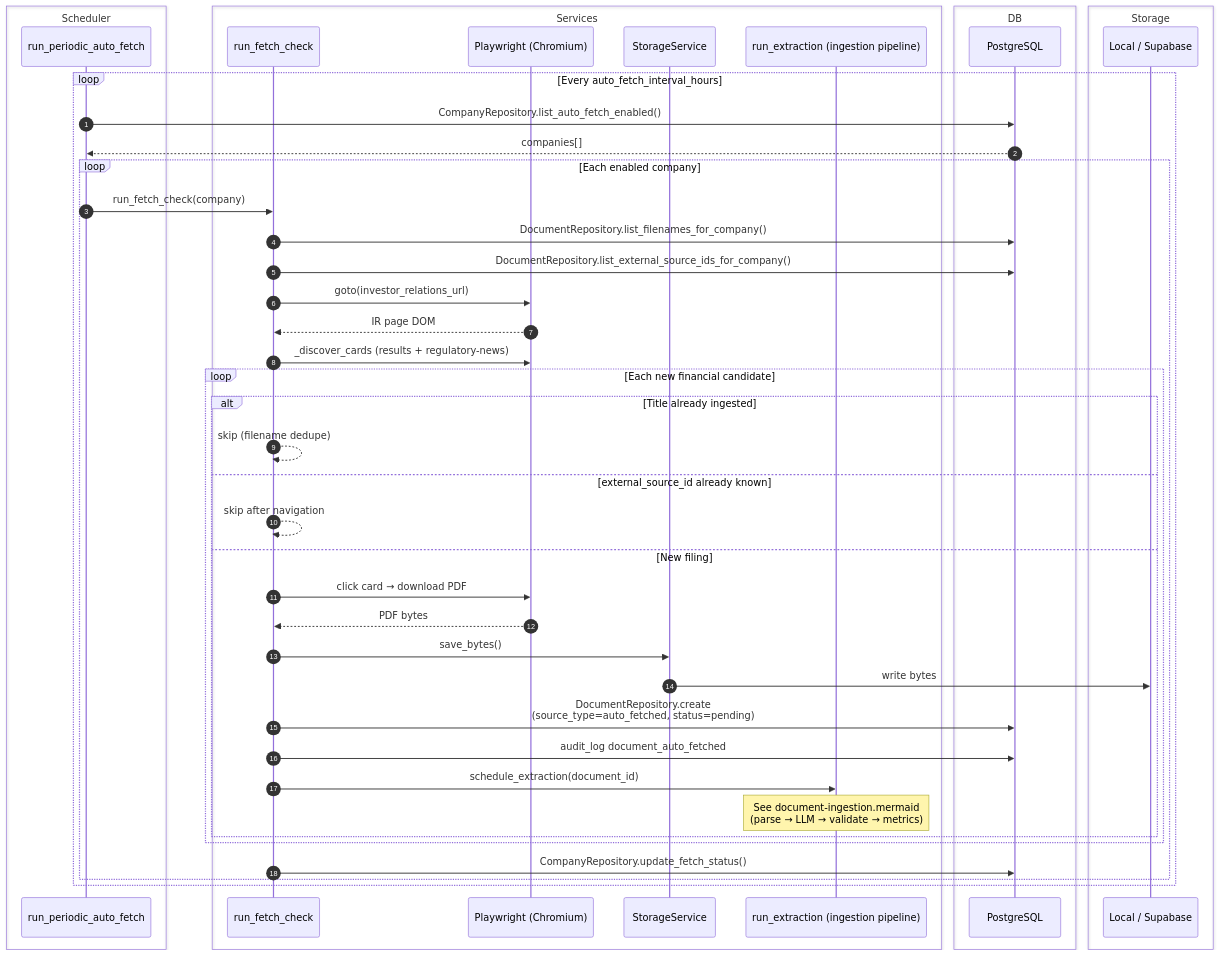
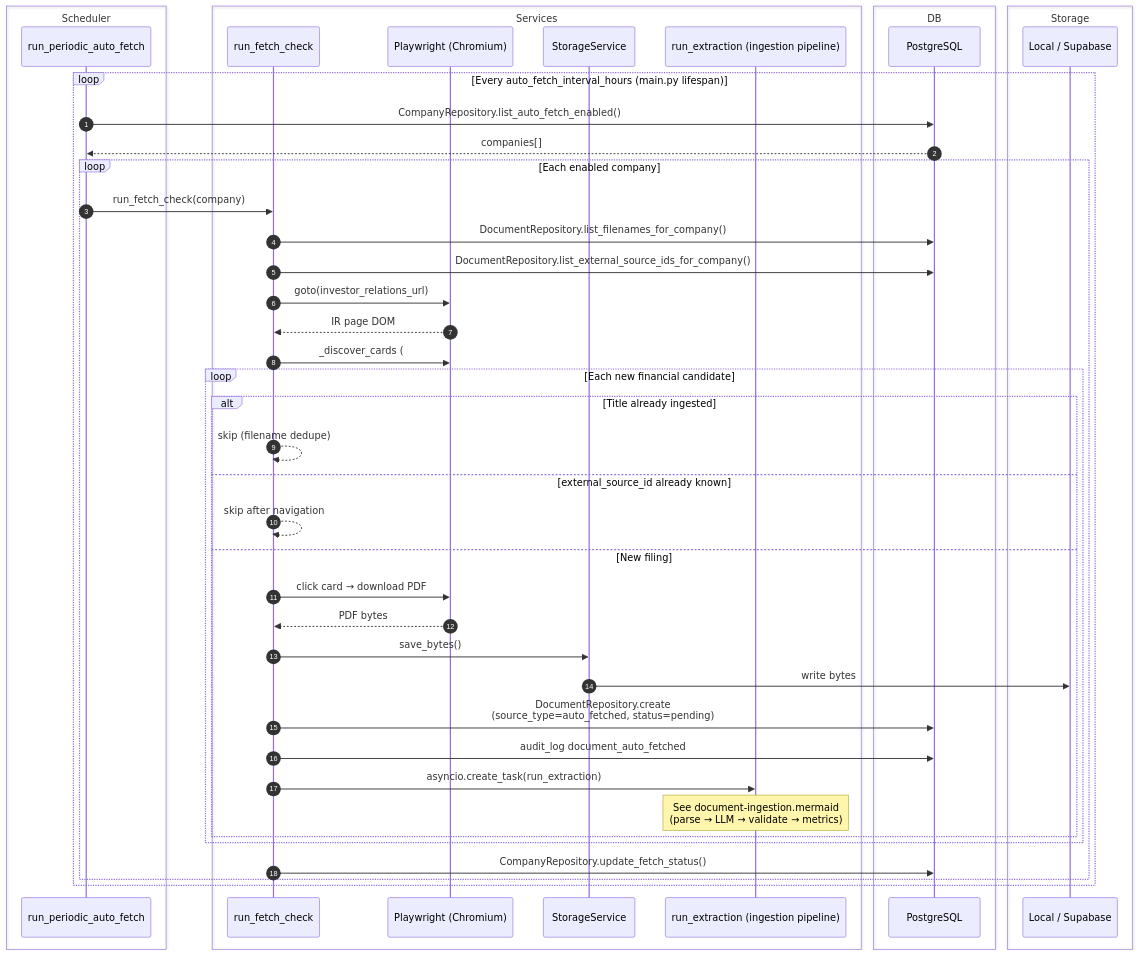
Before and after one commit to Wuxioawu/assiduous-board-report: the third of 6 diagrams in README.md, drawn with Mermaid. The commit also changed other lines of this file and 15 other files, not shown here.

````diff
--- a/README.md
+++ b/README.md
@@ -193,53 +197,53 @@
 ```mermaid
 sequenceDiagram
     autonumber
     box Scheduler
         participant Scheduler as run_periodic_auto_fetch
     end
     box Services
         participant AutoFetch as run_fetch_check
         participant Playwright as Playwright (Chromium)
         participant StorageService
         participant Ingestion as run_extraction (ingestion pipeline)
     end
     box DB
         participant DB as PostgreSQL
     end
     box Storage
         participant Storage as Local / Supabase
     end
 
-    loop Every auto_fetch_interval_hours
+    loop Every auto_fetch_interval_hours (main.py lifespan)
         Scheduler->>DB: CompanyRepository.list_auto_fetch_enabled()
         DB-->>Scheduler: companies[]
 
         loop Each enabled company
             Scheduler->>AutoFetch: run_fetch_check(company)
             AutoFetch->>DB: DocumentRepository.list_filenames_for_company()
             AutoFetch->>DB: DocumentRepository.list_external_source_ids_for_company()
 
             AutoFetch->>Playwright: goto(investor_relations_url)
             Playwright-->>AutoFetch: IR page DOM
-            AutoFetch->>Playwright: _discover_cards (results + regulatory-news)
+            AutoFetch->>Playwright: _discover_cards (#results + #regulatory-news)
 
             loop Each new financial candidate
                 alt Title already ingested
                     AutoFetch-->>AutoFetch: skip (filename dedupe)
                 else external_source_id already known
                     AutoFetch-->>AutoFetch: skip after navigation
                 else New filing
                     AutoFetch->>Playwright: click card → download PDF
                     Playwright-->>AutoFetch: PDF bytes
                     AutoFetch->>StorageService: save_bytes()
                     StorageService->>Storage: write bytes
                     AutoFetch->>DB: DocumentRepository.create<br/>(source_type=auto_fetched, status=pending)
                     AutoFetch->>DB: audit_log document_auto_fetched
-                    AutoFetch->>Ingestion: schedule_extraction(document_id)
+                    AutoFetch->>Ingestion: asyncio.create_task(run_extraction)
                     Note over Ingestion: See document-ingestion.mermaid<br/>(parse → LLM → validate → metrics)
                 end
             end
 
             AutoFetch->>DB: CompanyRepository.update_fetch_status()
         end
     end
 ```
````
